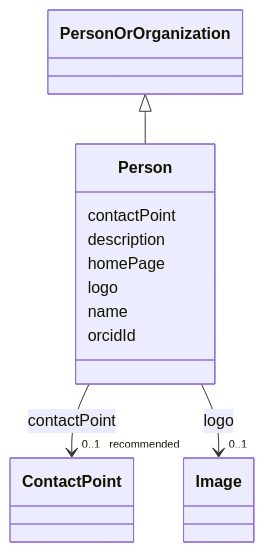
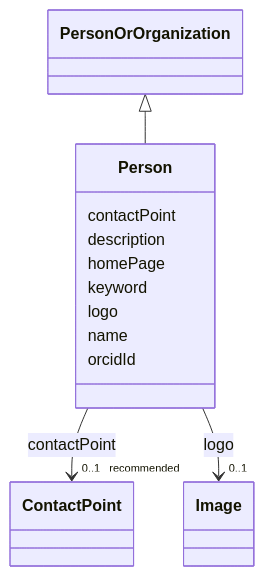
Before and after one commit to EVORA-project/evora-ontology: the diagram in models/docs/Person.md, drawn with Mermaid. The commit also changed other lines of this file and 402 other files, not shown here.

````diff
--- a/models/docs/Person.md
+++ b/models/docs/Person.md
@@ -19,35 +19,37 @@
 ```mermaid
  classDiagram
     class Person
     click Person href "../Person"
       PersonOrOrganization <|-- Person
         click PersonOrOrganization href "../PersonOrOrganization"
       
       Person : contactPoint
         
           
     
     
     Person --> "0..1 _recommended_" ContactPoint : contactPoint
     click ContactPoint href "../ContactPoint"
 
         
       Person : description
         
       Person : homePage
         
+      Person : keyword
+        
       Person : logo
         
           
     
     
     Person --> "0..1" Image : logo
     click Image href "../Image"
 
         
       Person : name
         
       Person : orcidId
         
       
 ```
````
